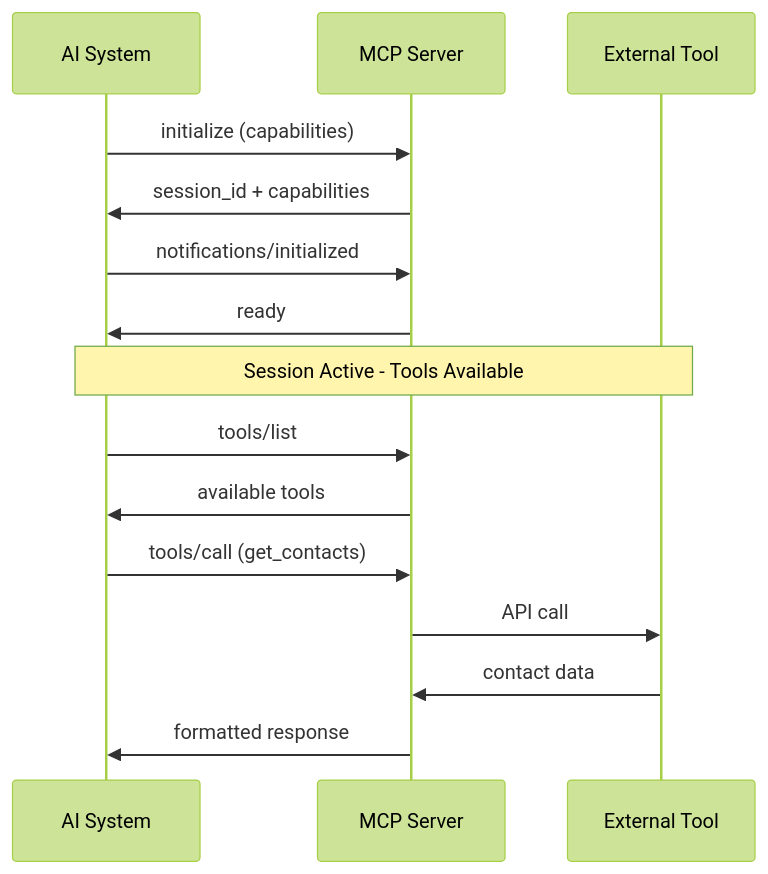
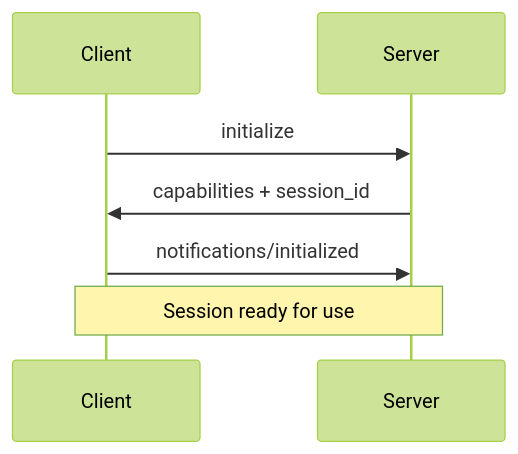
The first of 2 diagrams in api-reference/mcp-protocol/overview.mdx (d7ventures/docs), drawn with Mermaid (forest theme) before and after one commit. The commit also changed other lines of this file and 16 other files, not shown here.

````diff
--- a/api-reference/mcp-protocol/overview.mdx
+++ b/api-reference/mcp-protocol/overview.mdx
@@ -32,20 +91,7 @@
 ```mermaid
 sequenceDiagram
-    participant AI as AI System
-    participant MCP as MCP Server
-    participant Tool as External Tool
-
-    AI->>MCP: initialize (capabilities)
-    MCP->>AI: session_id + capabilities
-    AI->>MCP: notifications/initialized
-    MCP->>AI: ready
-
-    Note over AI,Tool: Session Active - Tools Available
-
-    AI->>MCP: tools/list
-    MCP->>AI: available tools
-    AI->>MCP: tools/call (get_contacts)
-    MCP->>Tool: API call
-    Tool->>MCP: contact data
-    MCP->>AI: formatted response
+    Client->>Server: initialize
+    Server->>Client: capabilities + session_id
+    Client->>Server: notifications/initialized
+    Note over Client,Server: Session ready for use
 ```
````
